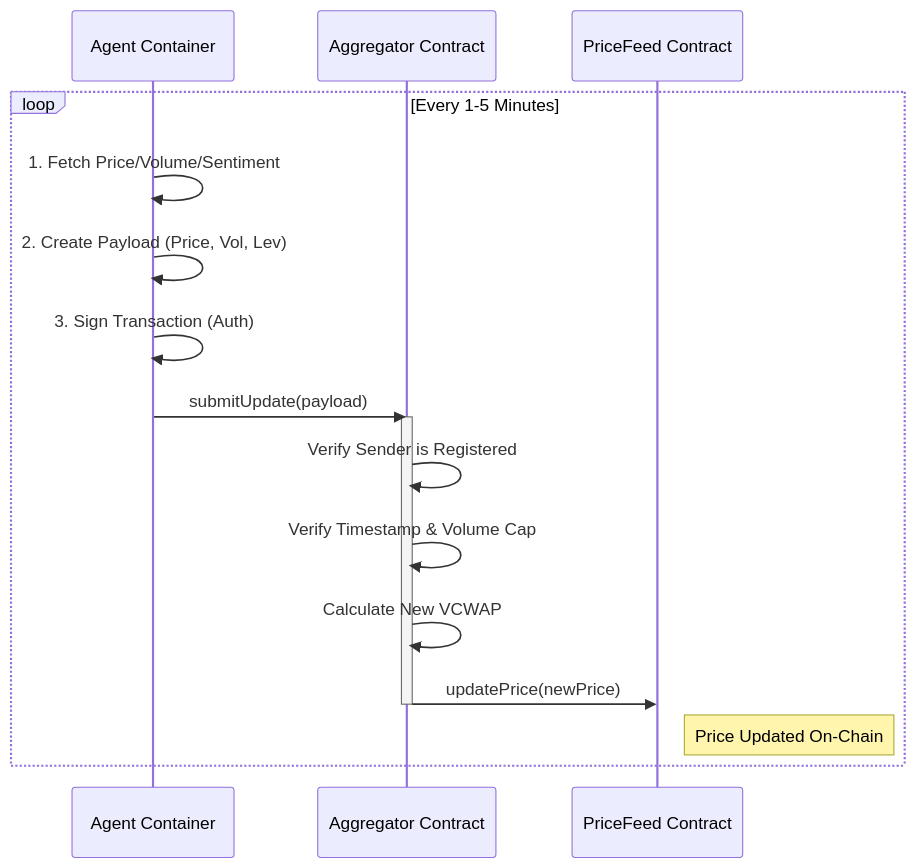
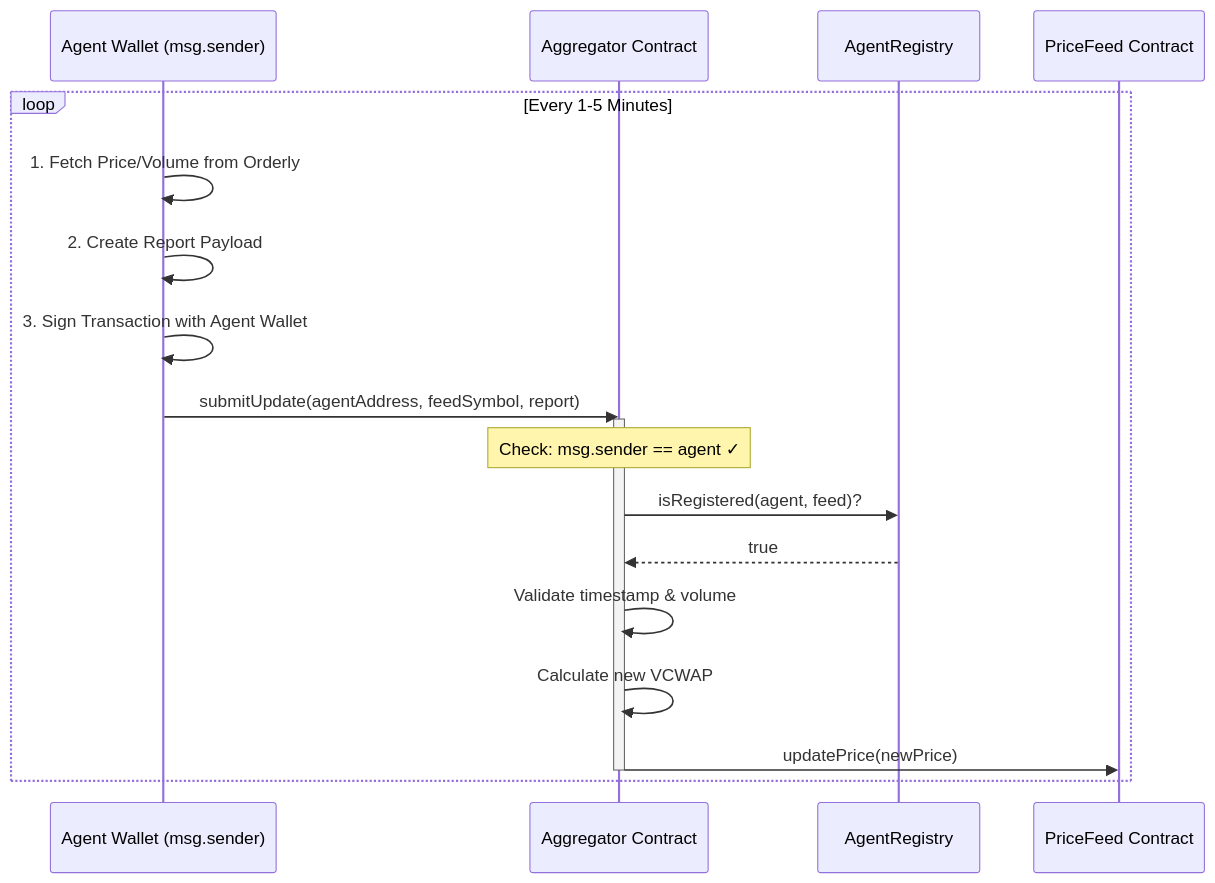
Before and after one commit to woogieboogie-jl/memepulse: the third of 3 diagrams in contracts/CONTRACT_INTEGRATION.md, drawn with Mermaid. The commit also changed other lines of this file and 59 other files, not shown here.

````diff
--- a/contracts/CONTRACT_INTEGRATION.md
+++ b/contracts/CONTRACT_INTEGRATION.md
@@ -50,24 +66,25 @@
 ```mermaid
 sequenceDiagram
-    participant Agent as Agent Container
+    participant Agent as Agent Wallet (msg.sender)
     participant Aggregator as Aggregator Contract
+    participant Registry as AgentRegistry
     participant Feed as PriceFeed Contract
     
     loop Every 1-5 Minutes
-        Agent->>Agent: 1. Fetch Price/Volume/Sentiment
-        Agent->>Agent: 2. Create Payload (Price, Vol, Lev)
-        Agent->>Agent: 3. Sign Transaction (Auth)
+        Agent->>Agent: 1. Fetch Price/Volume from Orderly
+        Agent->>Agent: 2. Create Report Payload
+        Agent->>Agent: 3. Sign Transaction with Agent Wallet
         
-        Agent->>Aggregator: submitUpdate(payload)
+        Agent->>Aggregator: submitUpdate(agentAddress, feedSymbol, report)
         
         activate Aggregator
-        Aggregator->>Aggregator: Verify Sender is Registered
-        Aggregator->>Aggregator: Verify Timestamp & Volume Cap
-        Aggregator->>Aggregator: Calculate New VCWAP
+        Note over Aggregator: Check: msg.sender == agent ✓
+        Aggregator->>Registry: isRegistered(agent, feed)?
+        Registry-->>Aggregator: true
         
+        Aggregator->>Aggregator: Validate timestamp & volume
+        Aggregator->>Aggregator: Calculate new VCWAP
         Aggregator->>Feed: updatePrice(newPrice)
         deactivate Aggregator
-        
-        Note right of Feed: Price Updated On-Chain
     end
 ```
````
